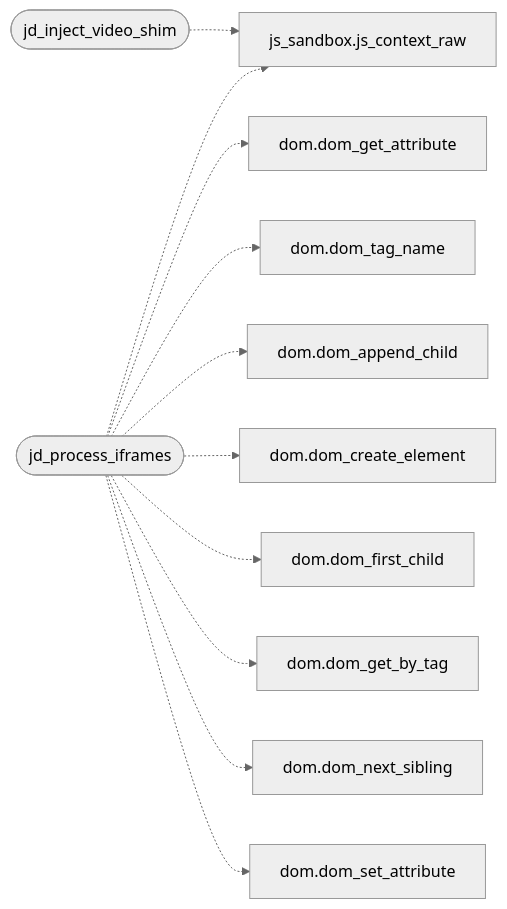
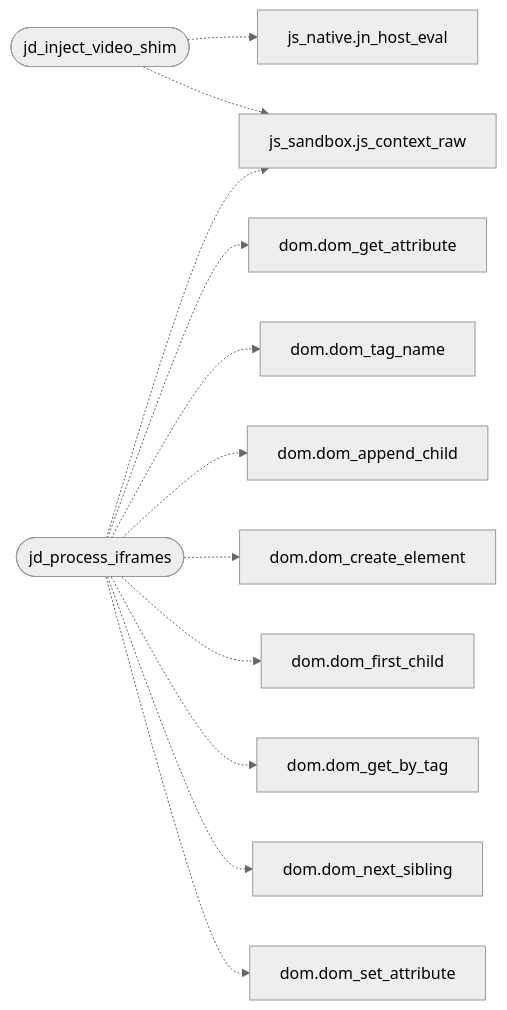
Before and after one commit to grisuno/FreeDom: the diagram in readmenator-apidocs/modules/src.js_embed.c.md, drawn with Mermaid (neutral theme). The commit also changed other lines of this file and 248 other files, not shown here.

````diff
--- a/readmenator-apidocs/modules/src.js_embed.c.md
+++ b/readmenator-apidocs/modules/src.js_embed.c.md
@@ -14,24 +14,26 @@
 ```mermaid
 flowchart LR
     n_src_js_embed_c__jd_inject_video_shim(["jd_inject_video_shim"])
+    n_src_js_native_c__jn_host_eval["js_native.jn_host_eval"]
     n_src_js_sandbox_c__js_context_raw["js_sandbox.js_context_raw"]
     n_src_js_embed_c__jd_process_iframes(["jd_process_iframes"])
     n_include_dom_h__dom_get_attribute["dom.dom_get_attribute"]
     n_include_dom_h__dom_tag_name["dom.dom_tag_name"]
     n_src_dom_c__dom_append_child["dom.dom_append_child"]
     n_src_dom_c__dom_create_element["dom.dom_create_element"]
     n_src_dom_c__dom_first_child["dom.dom_first_child"]
     n_src_dom_c__dom_get_by_tag["dom.dom_get_by_tag"]
     n_src_dom_c__dom_next_sibling["dom.dom_next_sibling"]
     n_src_dom_c__dom_set_attribute["dom.dom_set_attribute"]
+    n_src_js_embed_c__jd_inject_video_shim -.-> n_src_js_native_c__jn_host_eval
     n_src_js_embed_c__jd_inject_video_shim -.-> n_src_js_sandbox_c__js_context_raw
     n_src_js_embed_c__jd_process_iframes -.-> n_include_dom_h__dom_get_attribute
     n_src_js_embed_c__jd_process_iframes -.-> n_include_dom_h__dom_tag_name
     n_src_js_embed_c__jd_process_iframes -.-> n_src_dom_c__dom_append_child
     n_src_js_embed_c__jd_process_iframes -.-> n_src_dom_c__dom_create_element
     n_src_js_embed_c__jd_process_iframes -.-> n_src_dom_c__dom_first_child
     n_src_js_embed_c__jd_process_iframes -.-> n_src_dom_c__dom_get_by_tag
     n_src_js_embed_c__jd_process_iframes -.-> n_src_dom_c__dom_next_sibling
     n_src_js_embed_c__jd_process_iframes -.-> n_src_dom_c__dom_set_attribute
     n_src_js_embed_c__jd_process_iframes -.-> n_src_js_sandbox_c__js_context_raw
 ```
````
